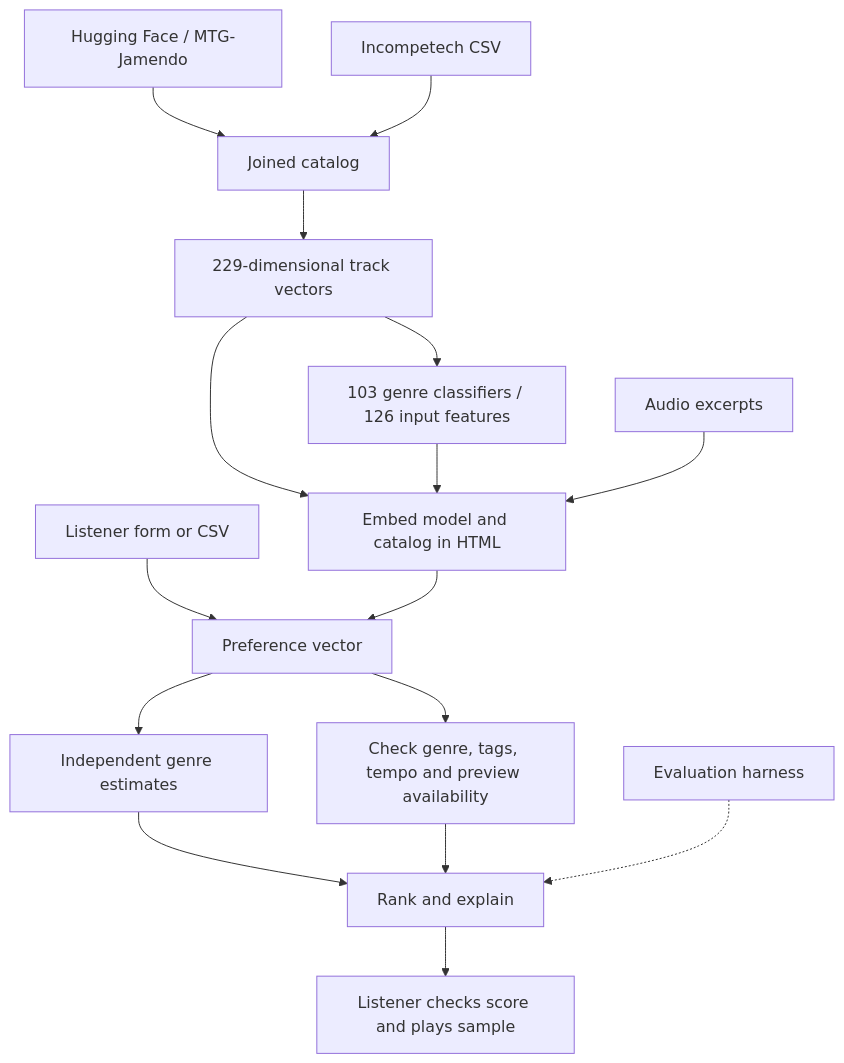
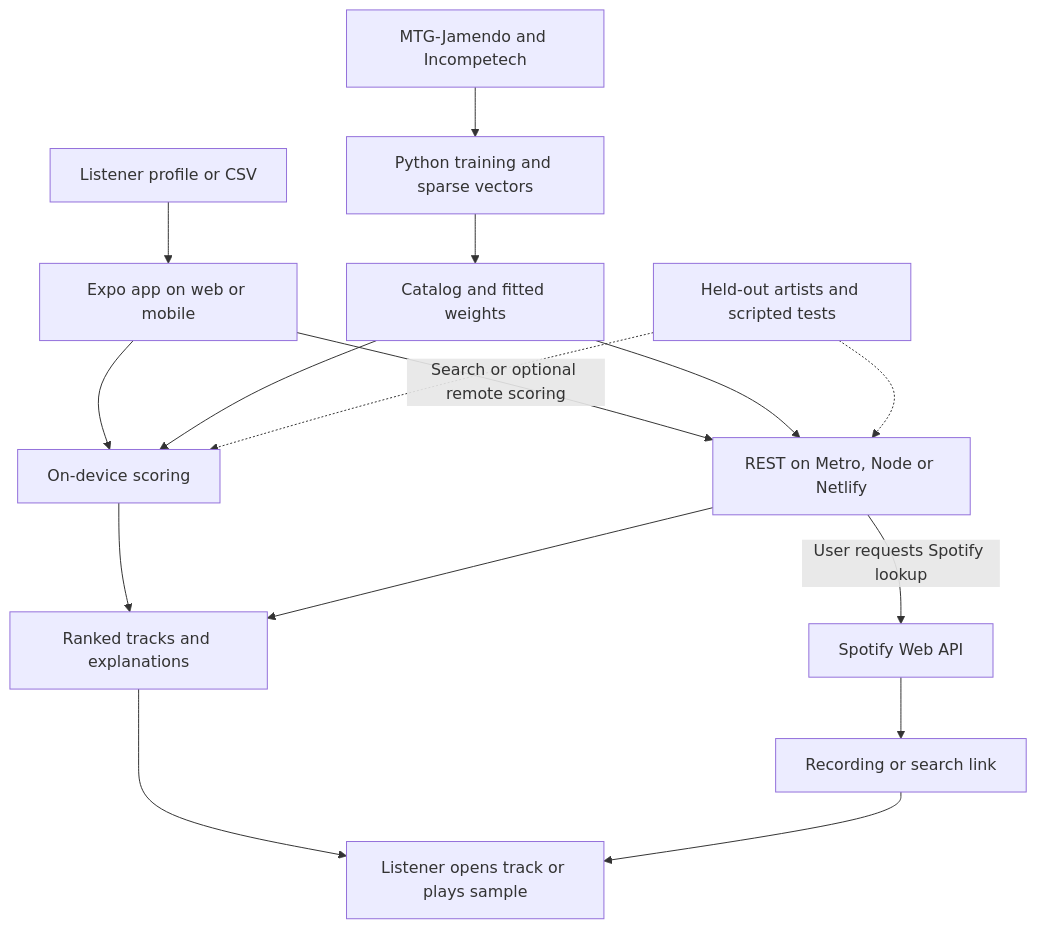
The diagram in diagrams/architecture.mmd (dreuxx/applied-ai-system-project), drawn with Mermaid before and after one commit. The commit also changed 42 other files, not shown here.

Commit message:
Ship React Native and Expo app with shared REST, optional Spotify and Netlify support

```diff
--- a/diagrams/architecture.mmd
+++ b/diagrams/architecture.mmd
@@ -1,16 +1,16 @@
 flowchart TD
- HF["Hugging Face / MTG-Jamendo"] --> CSV["Joined catalog"]
- IC["Incompetech CSV"] --> CSV
- CSV --> X["229-dimensional track vectors"]
- X --> T["103 genre classifiers / 126 input features"]
- X --> B["Embed model and catalog in HTML"]
- T --> B
- A["Audio excerpts"] --> B
- U["Listener form or CSV"] --> P["Preference vector"]
- B --> P
- P --> G["Independent genre estimates"]
- P --> F["Check genre, tags, tempo and preview availability"]
- G --> R["Rank and explain"]
- F --> R
- R --> H["Listener checks score and plays sample"]
- E["Evaluation harness"] -.-> R
+  CSV["MTG-Jamendo and Incompetech"] --> Train["Python training and sparse vectors"]
+  Train --> Model["Catalog and fitted weights"]
+  U["Listener profile or CSV"] --> UI["Expo app on web or mobile"]
+  UI --> Local["On-device scoring"]
+  UI -->|"Search or optional remote scoring"| API["REST on Metro, Node or Netlify"]
+  Model --> Local
+  Model --> API
+  API -->|"User requests Spotify lookup"| S["Spotify Web API"]
+  Local --> R["Ranked tracks and explanations"]
+  API --> R
+  S --> L["Recording or search link"]
+  R --> H["Listener opens track or plays sample"]
+  L --> H
+  E["Held-out artists and scripted tests"] -.-> Local
+  E -.-> API
```
